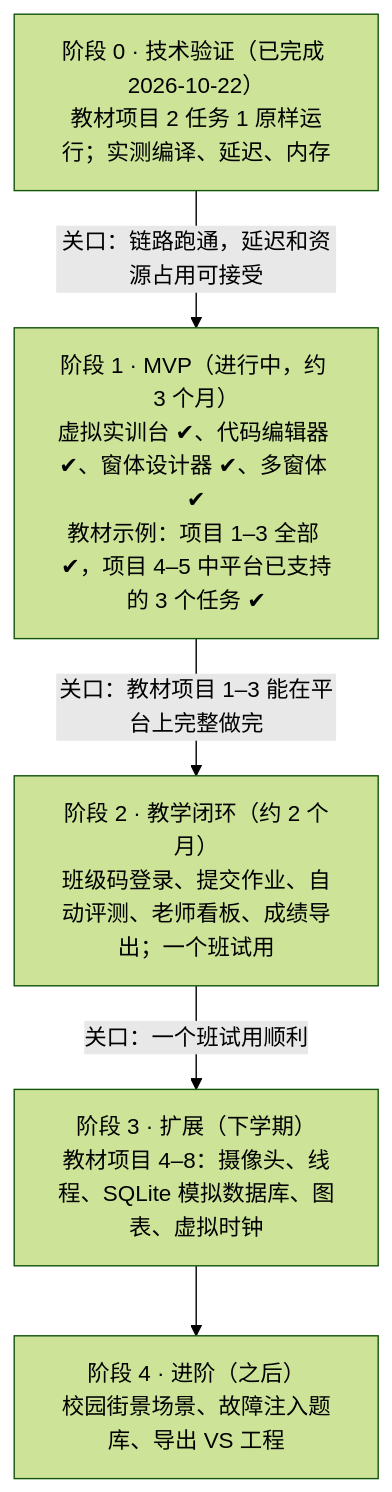
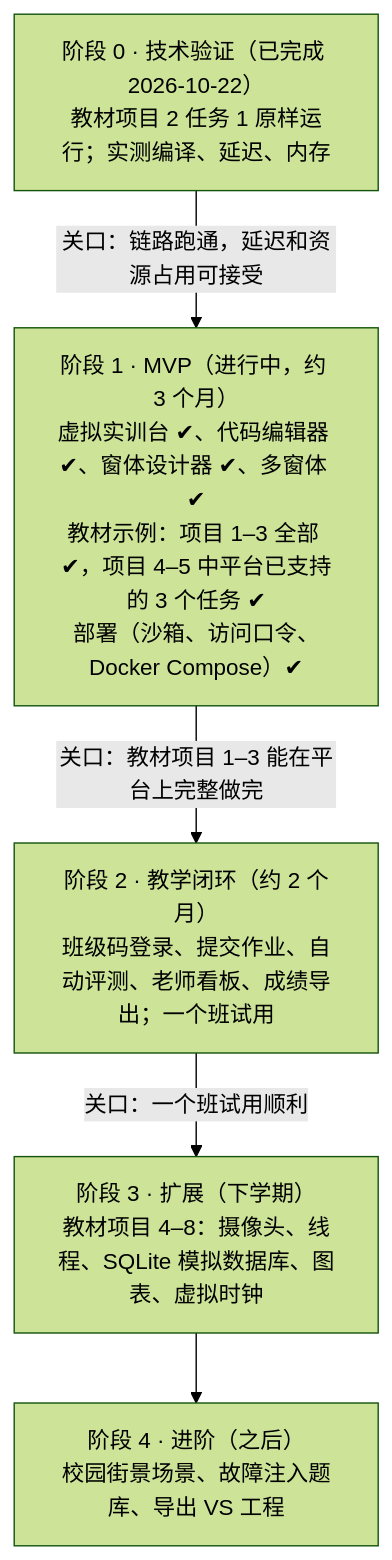
The second of 2 diagrams in docs/设计方案.md (yuetsh/IOT_SIM), drawn with Mermaid (forest theme) before and after one commit. The commit also changed other lines of this file and 24 other files, not shown here.

First line of the commit message:
部署：bubblewrap 沙箱、编译检查、访问口令、Docker Compose

````diff
--- a/docs/设计方案.md
+++ b/docs/设计方案.md
@@ -227,12 +230,12 @@
 ```mermaid
 flowchart TB
   P0["阶段 0 · 技术验证（已完成 2026-10-22）<br/>教材项目 2 任务 1 原样运行；实测编译、延迟、内存"]
-  P1["阶段 1 · MVP（进行中，约 3 个月）<br/>虚拟实训台 ✔、代码编辑器 ✔、窗体设计器 ✔、多窗体 ✔<br/>教材示例：项目 1–3 全部 ✔，项目 4–5 中平台已支持的 3 个任务 ✔"]
+  P1["阶段 1 · MVP（进行中，约 3 个月）<br/>虚拟实训台 ✔、代码编辑器 ✔、窗体设计器 ✔、多窗体 ✔<br/>教材示例：项目 1–3 全部 ✔，项目 4–5 中平台已支持的 3 个任务 ✔<br/>部署（沙箱、访问口令、Docker Compose）✔"]
   P2["阶段 2 · 教学闭环（约 2 个月）<br/>班级码登录、提交作业、自动评测、老师看板、成绩导出；一个班试用"]
   P3["阶段 3 · 扩展（下学期）<br/>教材项目 4–8：摄像头、线程、SQLite 模拟数据库、图表、虚拟时钟"]
   P4["阶段 4 · 进阶（之后）<br/>校园街景场景、故障注入题库、导出 VS 工程"]
   P0 -->|"关口：链路跑通，延迟和资源占用可接受"| P1
   P1 -->|"关口：教材项目 1–3 能在平台上完整做完"| P2
   P2 -->|"关口：一个班试用顺利"| P3
   P3 --> P4
 ```
````
